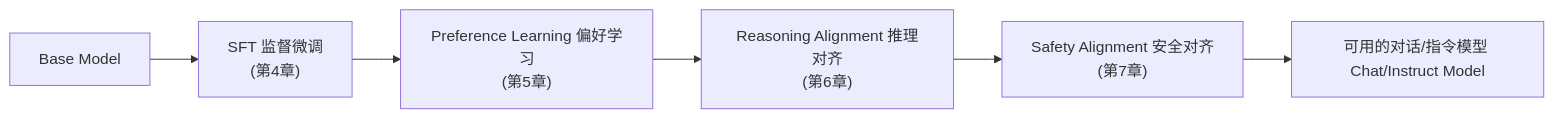
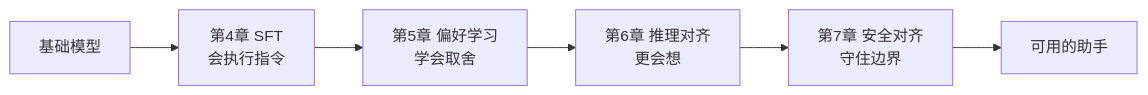
Before and after one commit to AI-learning-simple/Build-Your-Own-LLM: the second of 3 diagrams in 2. Alignment 与训练工程/1. 模型对齐（Alignment）——从基础模型到对话助手.md, drawn with Mermaid. The commit also changed other lines of this file and 65 other files, not shown here.

````diff
--- a/2. Alignment 与训练工程/1. 模型对齐（Alignment）——从基础模型到对话助手.md
+++ b/2. Alignment 与训练工程/1. 模型对齐（Alignment）——从基础模型到对话助手.md
@@ -164,8 +173,8 @@
 ```mermaid
 flowchart LR
-    A[Base Model] --> B["SFT 监督微调<br/>(第4章)"]
-    B --> C["Preference Learning 偏好学习<br/>(第5章)"]
-    C --> D["Reasoning Alignment 推理对齐<br/>(第6章)"]
-    D --> E["Safety Alignment 安全对齐<br/>(第7章)"]
-    E --> F["可用的对话/指令模型 Chat/Instruct Model"]
+    A[基础模型] --> B["第4章 SFT<br/>会执行指令"]
+    B --> C["第5章 偏好学习<br/>学会取舍"]
+    C --> D["第6章 推理对齐<br/>更会想"]
+    D --> E["第7章 安全对齐<br/>守住边界"]
+    E --> F[可用的助手]
 ```
````
